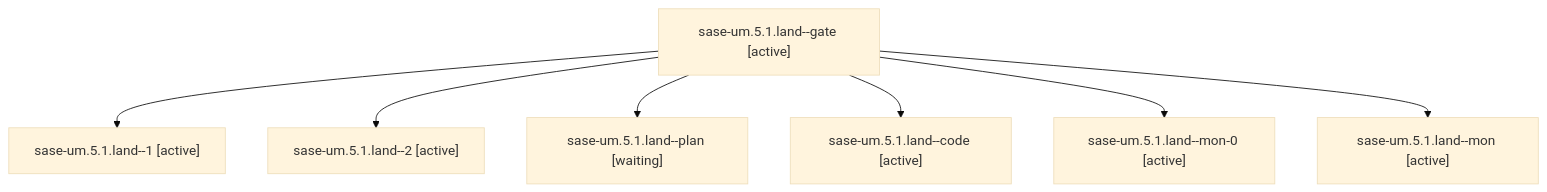
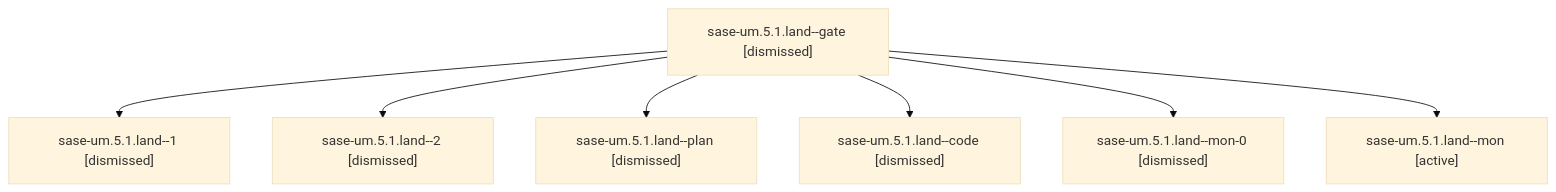
One commit to sase-org/sase--agents changed the diagram in sessions/bbugyi200.athena.sase-um.5.1.land.md. Above: the diagram before and after it, drawn with Mermaid (base theme). The commit also changed other lines of this file and 240 other files, not shown here.

````diff
--- a/sessions/bbugyi200.athena.sase-um.5.1.land.md
+++ b/sessions/bbugyi200.athena.sase-um.5.1.land.md
@@ -9,16 +9,16 @@
 ```mermaid
 flowchart TD
-  n0["sase-um.5.1.land--gate [active]"]
-  n1["sase-um.5.1.land--1 [active]"]
+  n0["sase-um.5.1.land--gate [dismissed]"]
+  n1["sase-um.5.1.land--1 [dismissed]"]
   n0 --> n1
-  n2["sase-um.5.1.land--2 [active]"]
+  n2["sase-um.5.1.land--2 [dismissed]"]
   n0 --> n2
-  n3["sase-um.5.1.land--plan [waiting]"]
+  n3["sase-um.5.1.land--plan [dismissed]"]
   n0 --> n3
-  n4["sase-um.5.1.land--code [active]"]
+  n4["sase-um.5.1.land--code [dismissed]"]
   n0 --> n4
-  n5["sase-um.5.1.land--mon-0 [active]"]
+  n5["sase-um.5.1.land--mon-0 [dismissed]"]
   n0 --> n5
   n6["sase-um.5.1.land--mon [active]"]
   n0 --> n6
 ```
````
